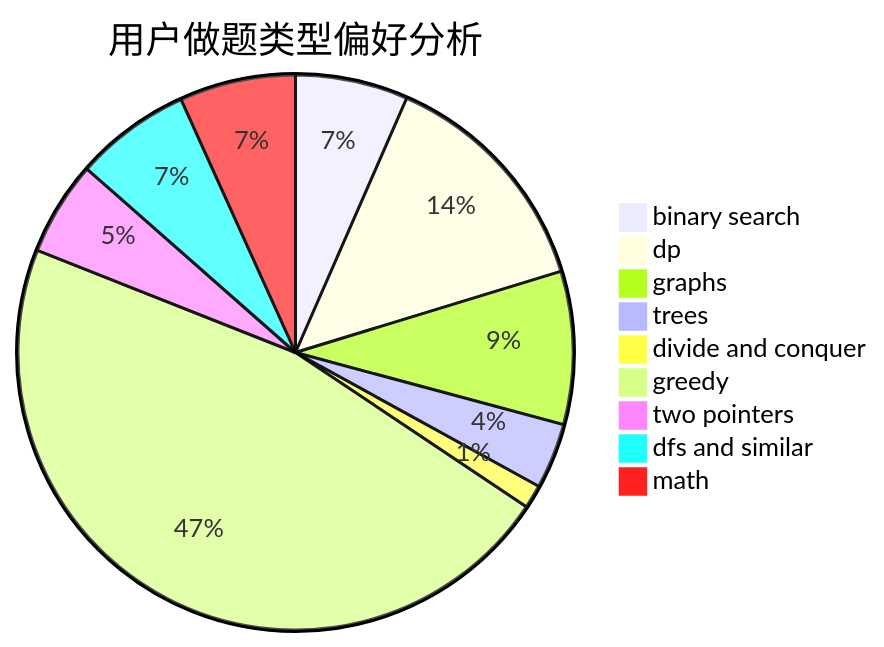
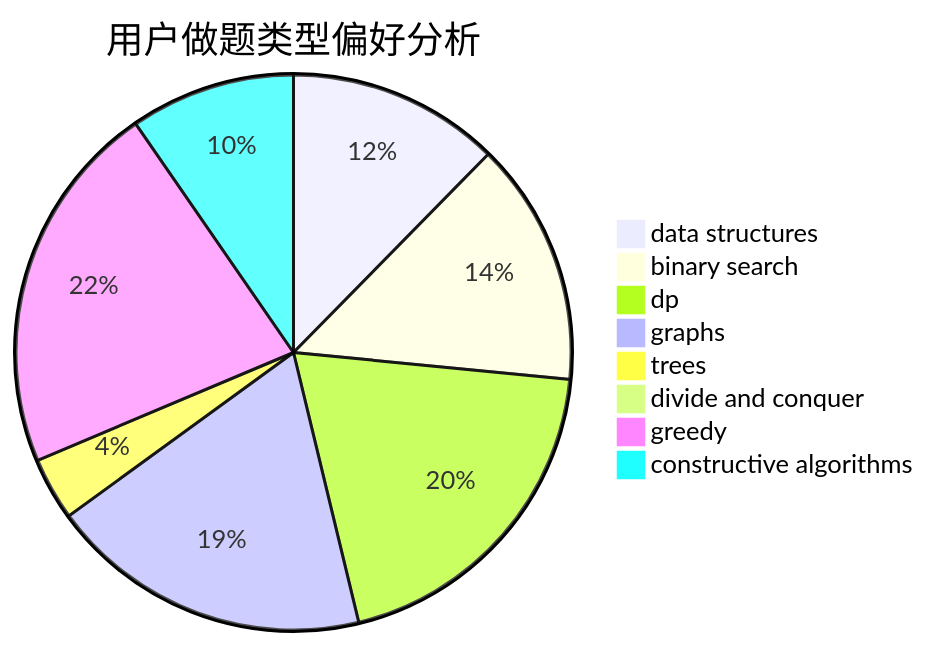
Before and after one commit to sherpahu/cfrs.github.io: the second of 3 diagrams in docs/user/u685.md, drawn with Mermaid. The commit also changed other lines of this file and 2775 other files, not shown here.

````diff
--- a/docs/user/u685.md
+++ b/docs/user/u685.md
@@ -23,12 +23,11 @@
 ```mermaid
 pie title 用户做题类型偏好分析
-    "binary search" :  67
-    "dp" :  140
-    "graphs" :  91
-    "trees" :  39
-    "divide and conquer" :  14
-    "greedy" :  476
-    "two pointers" :  56
-    "dfs and similar" :  69
-    "math" :  69
+    "data structures" :  54
+    "binary search" :  62
+    "dp" :  86
+    "graphs" :  82
+    "trees" :  16
+    "divide and conquer" :  0
+    "greedy" :  95
+    "constructive algorithms" :  42
 ```
````
